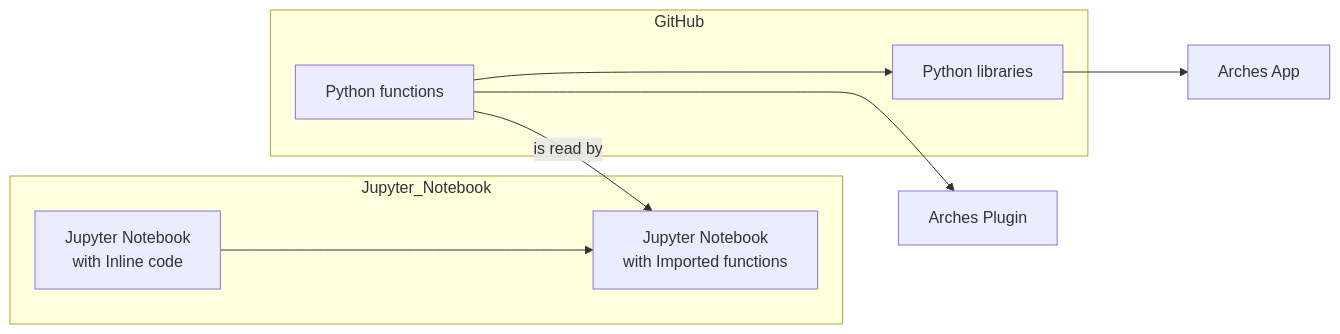
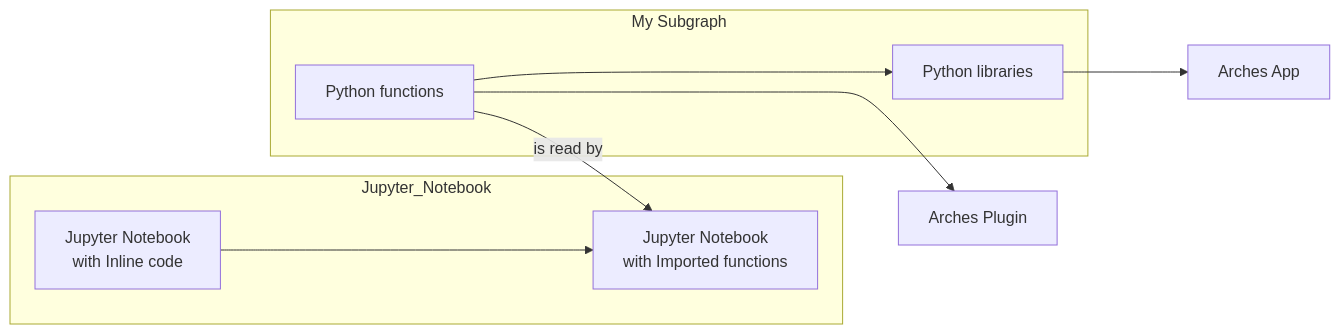
Before and after one commit to eamena-project/eamena-arches-dev: the second of 2 diagrams in talks/2025-eamena_db_training/README.md, drawn with Mermaid.

````diff
--- a/talks/2025-eamena_db_training/README.md
+++ b/talks/2025-eamena_db_training/README.md
@@ -57,22 +57,22 @@
 ```mermaid
 flowchart LR
 	A[Jupyter Notebook<br>with Inline code] ---> B[Jupyter Notebook<br>with Imported functions]
 	C[Python functions] -- is read by --> B
 	C ---> D[Arches Plugin]
 	C ---> E[Python libraries]
 	E ---> F[Arches App]
 	subgraph Jupyter_Notebook
 		A;
 		B;
 	end
-	subgraph GitHub
+	subgraph GitHub[My Subgraph]
 		C;
 		E;
   	end
 
   click A "https://github.com/eamena-project/eamena-arches-dev/blob/main/dbs/database.eamena/data/reference_data/rm/hp/mds/mds-template.xlsx" _blank
   click B "https://github.com/eamena-project/eamena-arches-dev/blob/main/dbs/database.eamena/data/reference_data/rm/hp/mds/ref_hp_field_description.R" _blank
   click E "https://eamena-project.github.io/eamena-arches-dev/dbs/database.eamena/data/reference_data/rm/hp/mds/fields-description.html" _blank
   click F "https://eamena.org/advanced-use#rm-hp-fields" _blank
   
 ```
````
